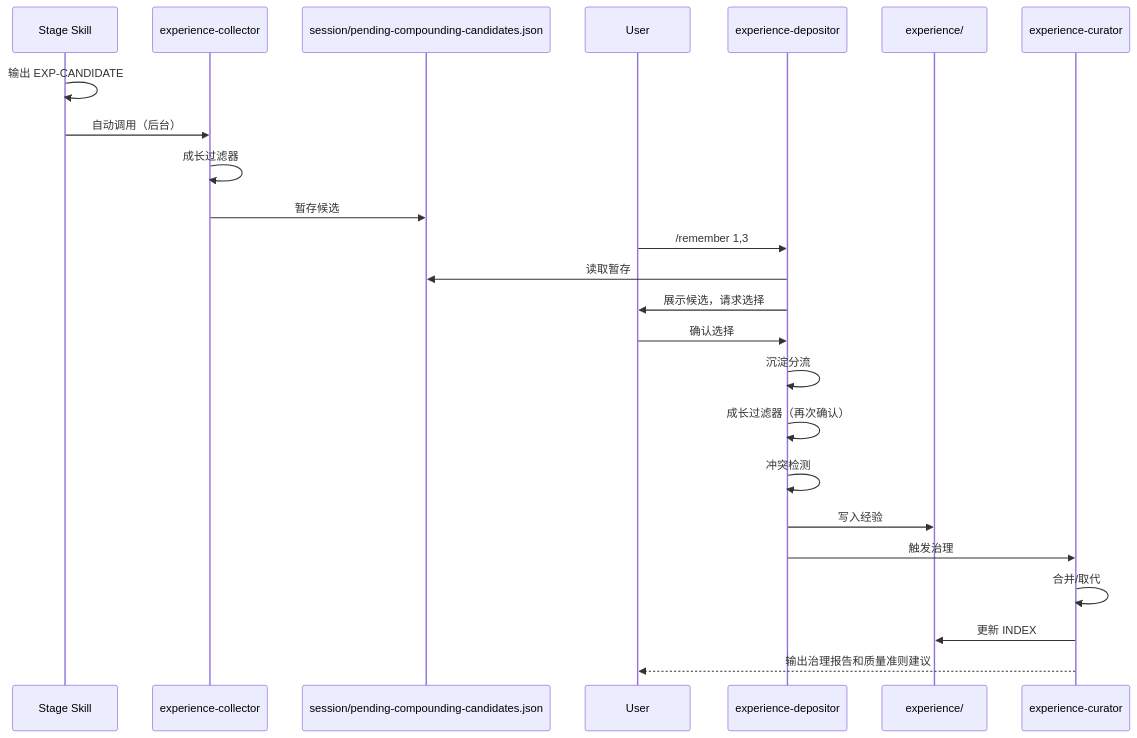
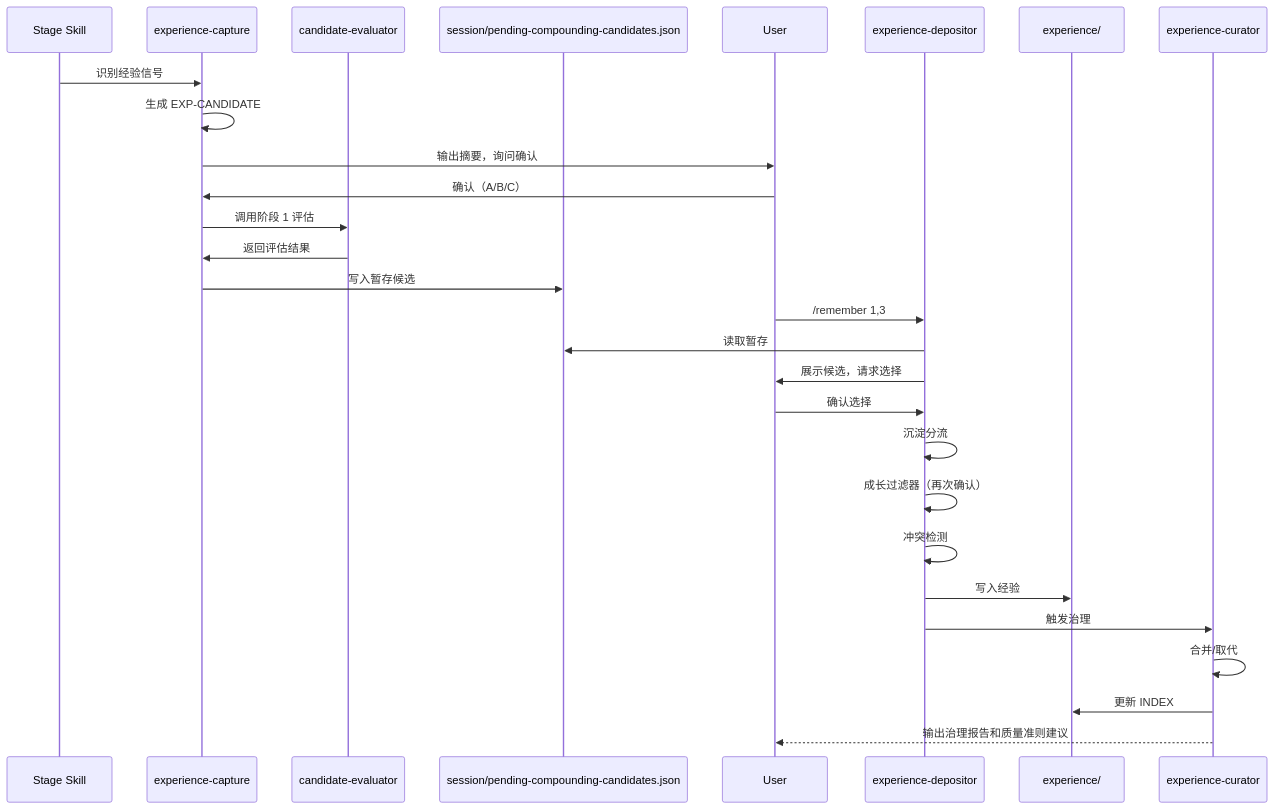
The diagram in .cursor/.lingxi/context/business/references/knowledge-compounding.md (tower1229/LingXi), drawn with Mermaid before and after one commit. The commit also changed other lines of this file and 7 other files, not shown here.

````diff
--- a/.cursor/.lingxi/context/business/references/knowledge-compounding.md
+++ b/.cursor/.lingxi/context/business/references/knowledge-compounding.md
@@ -9,27 +9,31 @@
 ```mermaid
 sequenceDiagram
     participant Skill as Stage Skill
-    participant Collector as experience-collector
+    participant Capture as experience-capture
+    participant Evaluator as candidate-evaluator
     participant Session as session/pending-compounding-candidates.json
     participant User
     participant Depositor as experience-depositor
     participant Experience as experience/
     participant Curator as experience-curator
     
-    Skill->>Skill: 输出 EXP-CANDIDATE
-    Skill->>Collector: 自动调用（后台）
-    Collector->>Collector: 成长过滤器
-    Collector->>Session: 暂存候选
+    Skill->>Capture: 识别经验信号
+    Capture->>Capture: 生成 EXP-CANDIDATE
+    Capture->>User: 输出摘要，询问确认
+    User->>Capture: 确认（A/B/C）
+    Capture->>Evaluator: 调用阶段 1 评估
+    Evaluator->>Capture: 返回评估结果
+    Capture->>Session: 写入暂存候选
     User->>Depositor: /remember 1,3
     Depositor->>Session: 读取暂存
     Depositor->>User: 展示候选，请求选择
     User->>Depositor: 确认选择
     Depositor->>Depositor: 沉淀分流
     Depositor->>Depositor: 成长过滤器（再次确认）
     Depositor->>Depositor: 冲突检测
     Depositor->>Experience: 写入经验
     Depositor->>Curator: 触发治理
     Curator->>Curator: 合并/取代
     Curator->>Experience: 更新 INDEX
     Curator-->>User: 输出治理报告和质量准则建议
 ```
````
